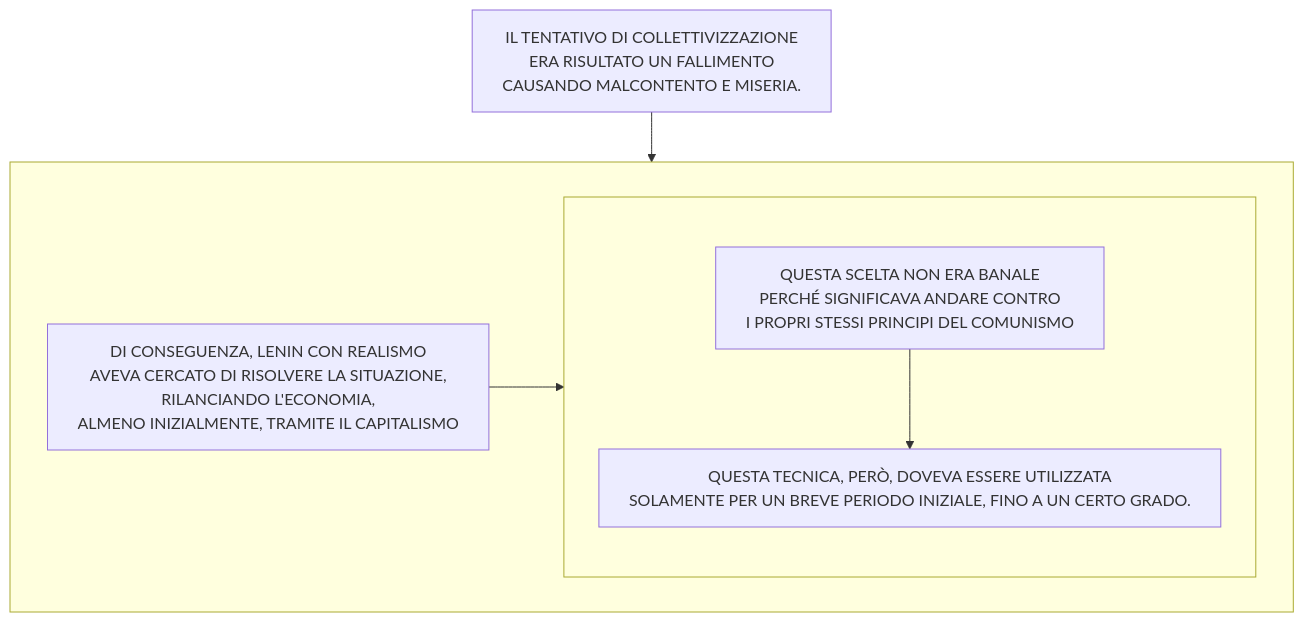
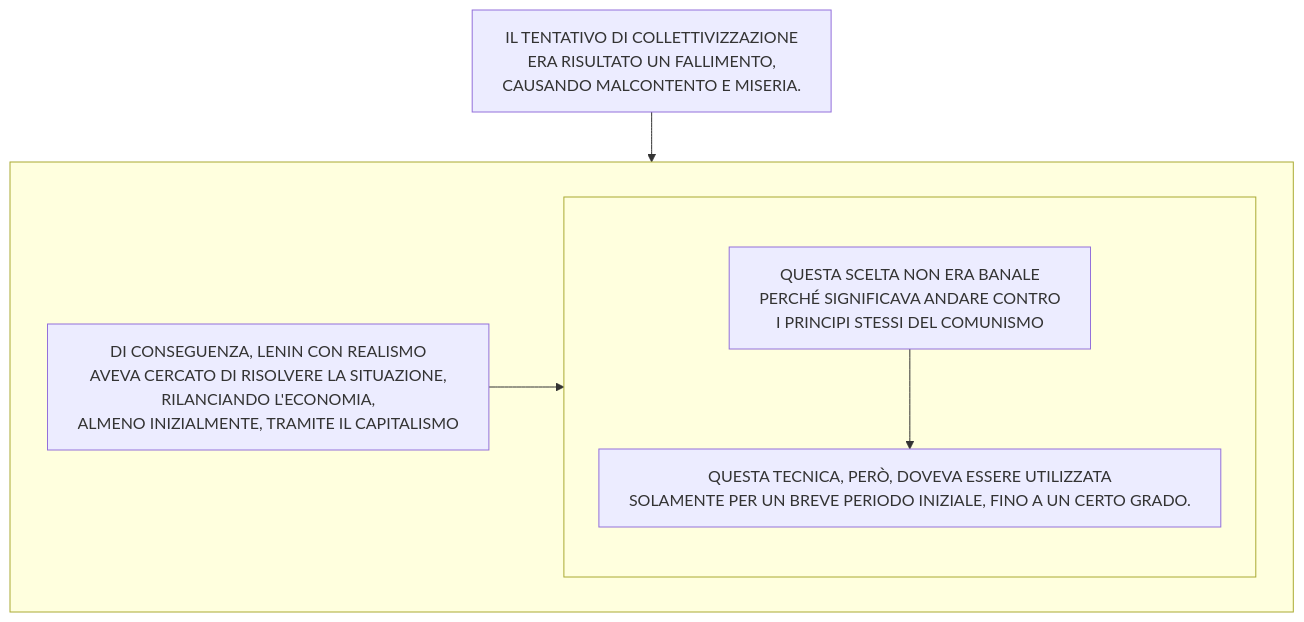
Before and after one commit to Laaouatni/ricerca-storia-MermaidJS: diagram 19 of 22 in stalinismoRiscrittura.md, drawn with Mermaid.

````diff
--- a/stalinismoRiscrittura.md
+++ b/stalinismoRiscrittura.md
@@ -380,16 +380,16 @@
 ```mermaid
 %%{init: { "flowchart": { "wrappingWidth": 800 } }}%%
 flowchart TB
-  0[IL TENTATIVO DI COLLETTIVIZZAZIONE <br>ERA RISULTATO UN FALLIMENTO<br> CAUSANDO MALCONTENTO E MISERIA.]
+  0[IL TENTATIVO DI COLLETTIVIZZAZIONE <br>ERA RISULTATO UN FALLIMENTO,<br> CAUSANDO MALCONTENTO E MISERIA.]
   subgraph 10[" "]
     1[DI CONSEGUENZA, LENIN CON REALISMO <br>AVEVA CERCATO DI RISOLVERE LA SITUAZIONE, <br>RILANCIANDO L'ECONOMIA, <br>ALMENO INIZIALMENTE, TRAMITE IL CAPITALISMO]
     subgraph 2[" "]
       direction TB
-      3[QUESTA SCELTA NON ERA BANALE <br>PERCHÉ SIGNIFICAVA ANDARE CONTRO <br>I PROPRI STESSI PRINCIPI DEL COMUNISMO]
+      3[QUESTA SCELTA NON ERA BANALE <br>PERCHÉ SIGNIFICAVA ANDARE CONTRO <br>I PRINCIPI STESSI DEL COMUNISMO]
       30[QUESTA TECNICA, PERÒ, DOVEVA ESSERE UTILIZZATA <br>SOLAMENTE PER UN BREVE PERIODO INIZIALE, FINO A UN CERTO GRADO.]
       3 --> 30
     end
     1 --> 2
   end
   0 --> 10
 ```
````
